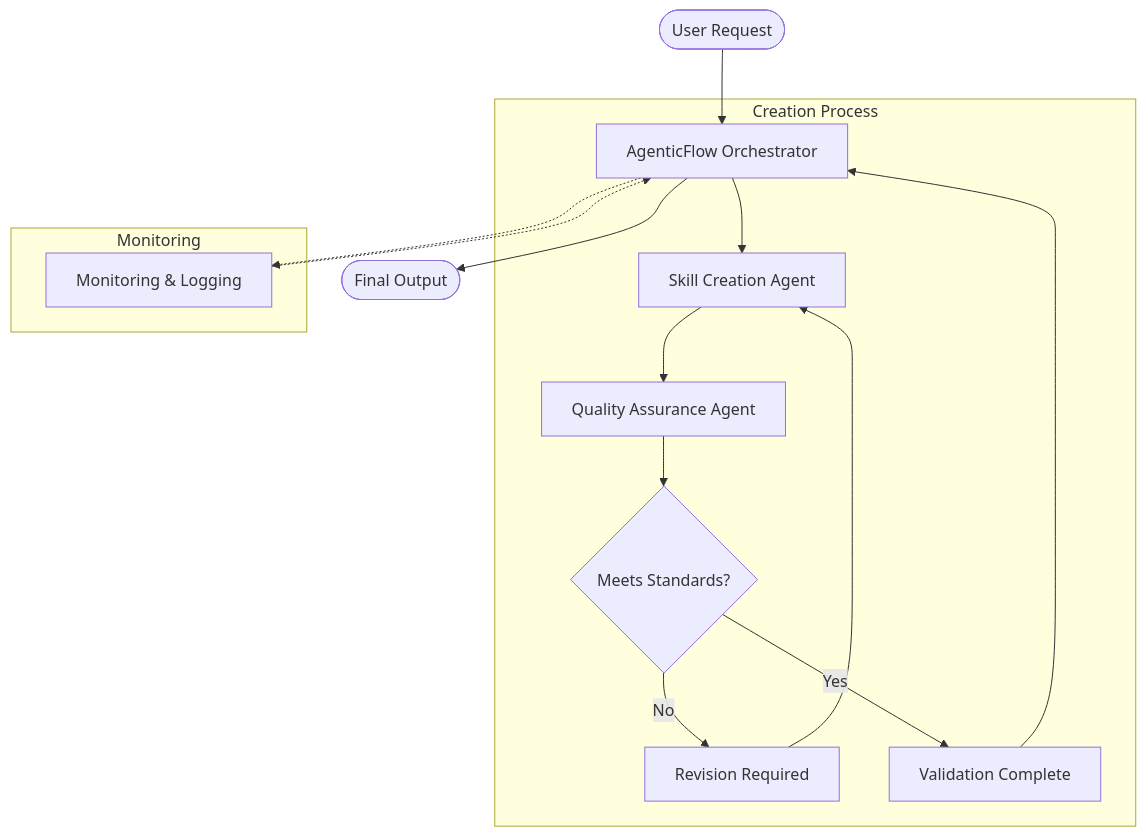
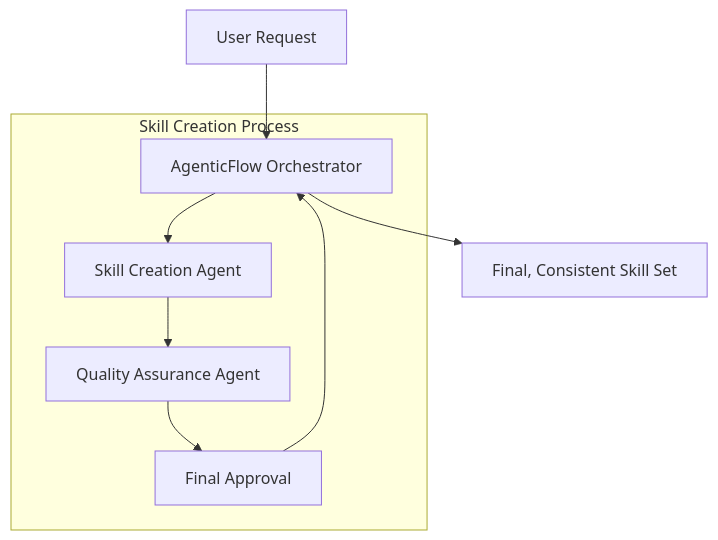
The diagram in Skill Creators/AgenticFlowArchitecture.md (Martinb113/AgentWorld), drawn with Mermaid before and after one commit. The commit also changed other lines of this file and 12 other files, not shown here.

Commit message:
Refactor Agentic Flow Architecture with focused, concise agent descriptions

````diff
--- a/Skill Creators/AgenticFlowArchitecture.md
+++ b/Skill Creators/AgenticFlowArchitecture.md
@@ -7,21 +10,13 @@
 ```mermaid
 flowchart TD
-    User([User Request]) --> AFO[AgenticFlow Orchestrator]
+    User[User Request] --> Orchestrator[AgenticFlow Orchestrator]
     
-    subgraph Creation Process
-        AFO --> SCA[Skill Creation Agent]
-        SCA --> QAA[Quality Assurance Agent]
-        QAA --> Decision{Meets Standards?}
-        Decision -->|No| RevisionLoop[Revision Required]
-        RevisionLoop --> SCA
-        Decision -->|Yes| Validation[Validation Complete]
+    subgraph Skill Creation Process
+        Orchestrator --> Creation[Skill Creation Agent]
+        Creation --> QA[Quality Assurance Agent]
+        QA --> Finalization[Final Approval]
     end
     
-    Validation --> AFO
-    AFO --> Output([Final Output])
-    
-    subgraph Monitoring
-        AFO -.-> Monitor[Monitoring & Logging]
-        Monitor -.-> AFO
-    end
+    Finalization --> Orchestrator
+    Orchestrator --> Output[Final, Consistent Skill Set]
 ```
````
